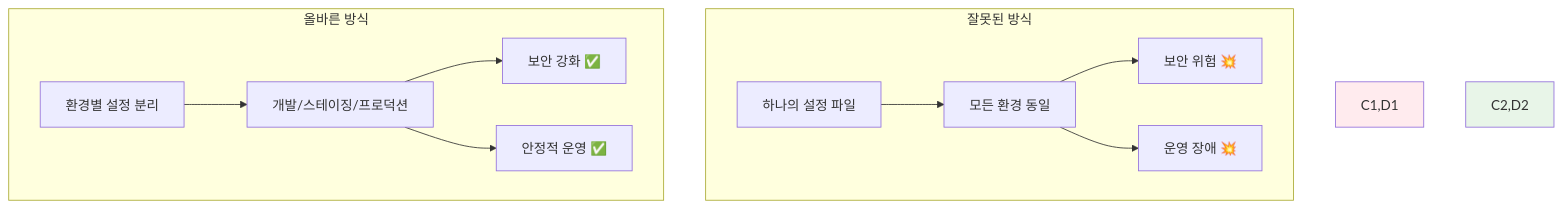
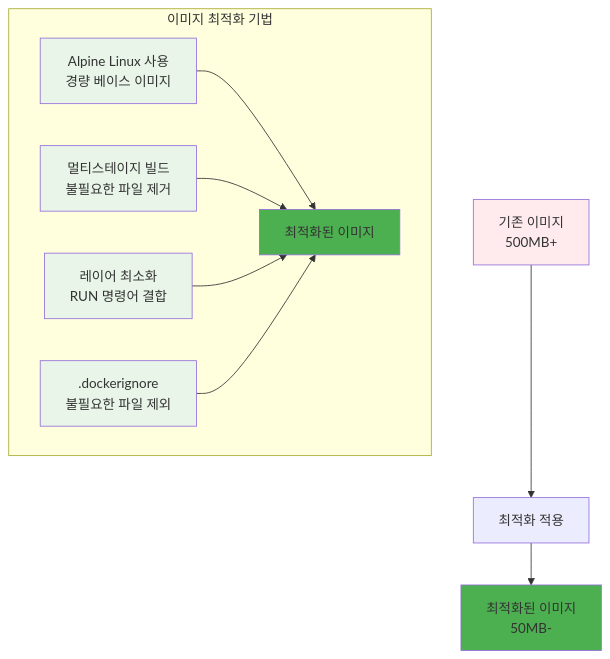
Before and after one commit to niceguy61/kdt_devops_lecture_2025: the first of 2 diagrams in theory/week_02/day1/session_2.md, drawn with Mermaid. The commit also changed other lines of this file and 27 other files, not shown here.

````diff
--- a/theory/week_02/day1/session_2.md
+++ b/theory/week_02/day1/session_2.md
@@ -36,17 +37,20 @@
 ```mermaid
 graph TB
-    subgraph "잘못된 방식"
-        A1[하나의 설정 파일] --> B1[모든 환경 동일]
-        B1 --> C1[보안 위험 💥]
-        B1 --> D1[운영 장애 💥]
+    subgraph "이미지 최적화 기법"
+        A[Alpine Linux 사용<br/>경량 베이스 이미지] --> E[최적화된 이미지]
+        B[멀티스테이지 빌드<br/>불필요한 파일 제거] --> E
+        C[레이어 최소화<br/>RUN 명령어 결합] --> E
+        D[.dockerignore<br/>불필요한 파일 제외] --> E
     end
     
-    subgraph "올바른 방식"
-        A2[환경별 설정 분리] --> B2[개발/스테이징/프로덕션]
-        B2 --> C2[보안 강화 ✅]
-        B2 --> D2[안정적 운영 ✅]
-    end
+    F[기존 이미지<br/>500MB+] --> G[최적화 적용]
+    G --> H[최적화된 이미지<br/>50MB-]
     
-    style C1,D1 fill:#ffebee
-    style C2,D2 fill:#e8f5e8
+    style A fill:#e8f5e8
+    style B fill:#e8f5e8
+    style C fill:#e8f5e8
+    style D fill:#e8f5e8
+    style E fill:#4caf50
+    style H fill:#4caf50
+    style F fill:#ffebee
 ```
````
